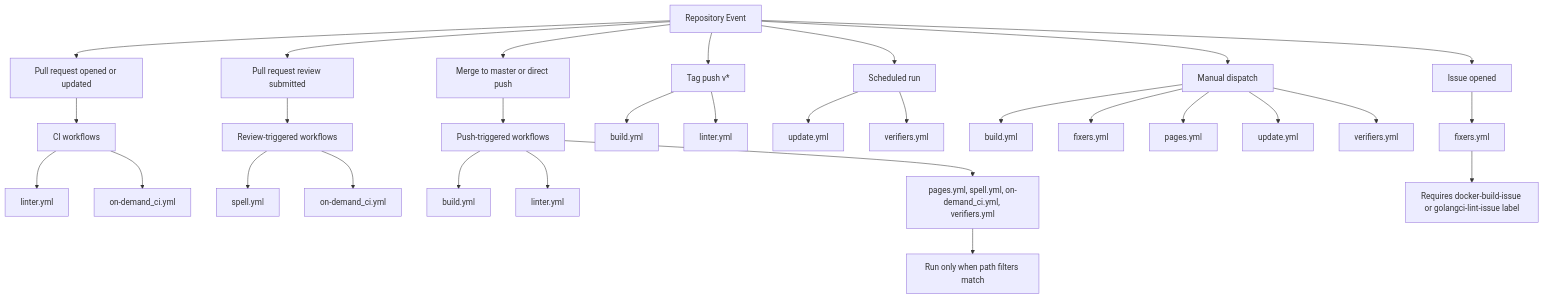
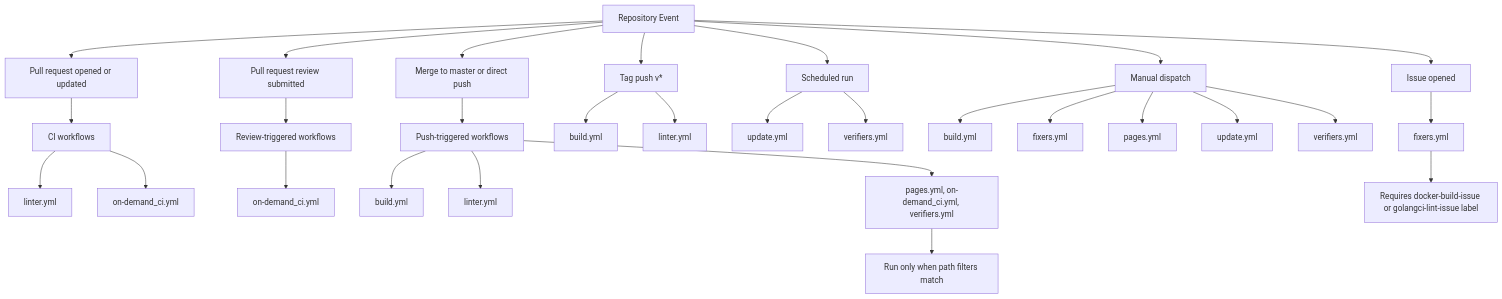
One commit to electrocucaracha/kubevirt-actions-runner changed the diagram in .github/workflows/README.md. Above: the diagram before and after it, drawn with Mermaid. The commit also changed other lines of this file and 5 other files, not shown here.

````diff
--- a/.github/workflows/README.md
+++ b/.github/workflows/README.md
@@ -24,39 +24,38 @@
 ```mermaid
 flowchart TD
     A[Repository Event] --> B[Pull request opened or updated]
     A --> C[Pull request review submitted]
     A --> D[Merge to master or direct push]
     A --> E[Tag push v*]
     A --> F[Scheduled run]
     A --> G[Manual dispatch]
     A --> H[Issue opened]
 
     B --> B1[CI workflows]
     B1 --> B2[linter.yml]
     B1 --> B3[on-demand_ci.yml]
 
     C --> C1[Review-triggered workflows]
-    C1 --> C2[spell.yml]
     C1 --> C3[on-demand_ci.yml]
 
     D --> D1[Push-triggered workflows]
     D1 --> D2[build.yml]
     D1 --> D3[linter.yml]
-    D1 --> D4[pages.yml, spell.yml, on-demand_ci.yml, verifiers.yml]
+    D1 --> D4[pages.yml, on-demand_ci.yml, verifiers.yml]
     D4 --> D5[Run only when path filters match]
 
     E --> E1[build.yml]
     E --> E2[linter.yml]
 
     F --> F1[update.yml]
     F --> F2[verifiers.yml]
 
     G --> G1[build.yml]
     G --> G2[fixers.yml]
     G --> G3[pages.yml]
     G --> G4[update.yml]
     G --> G5[verifiers.yml]
 
     H --> H1[fixers.yml]
     H1 --> H2[Requires docker-build-issue or golangci-lint-issue label]
 ```
````
